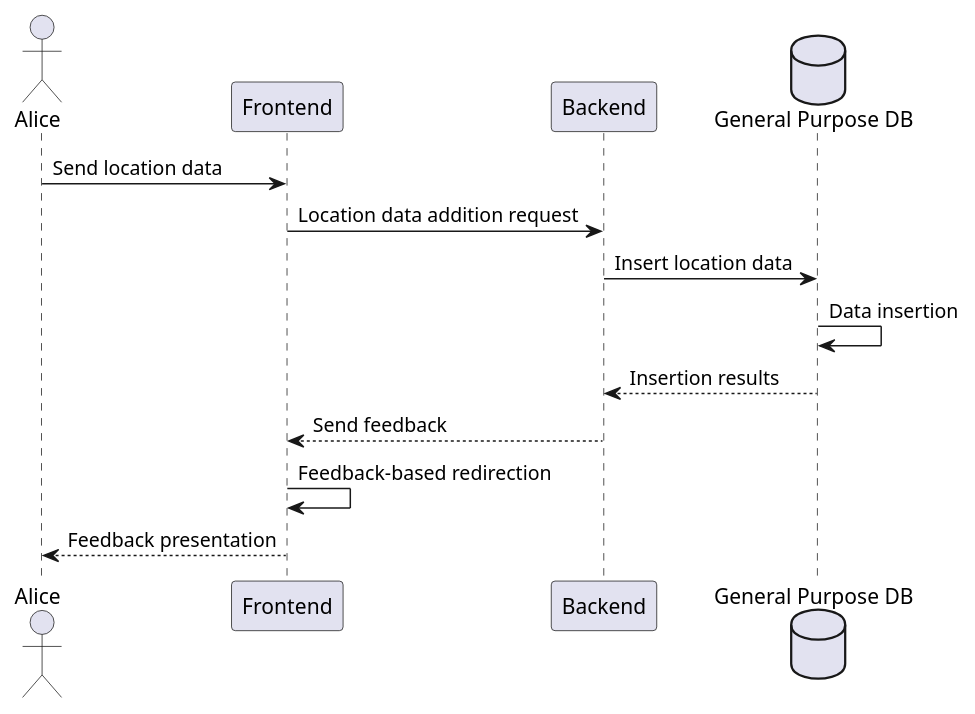
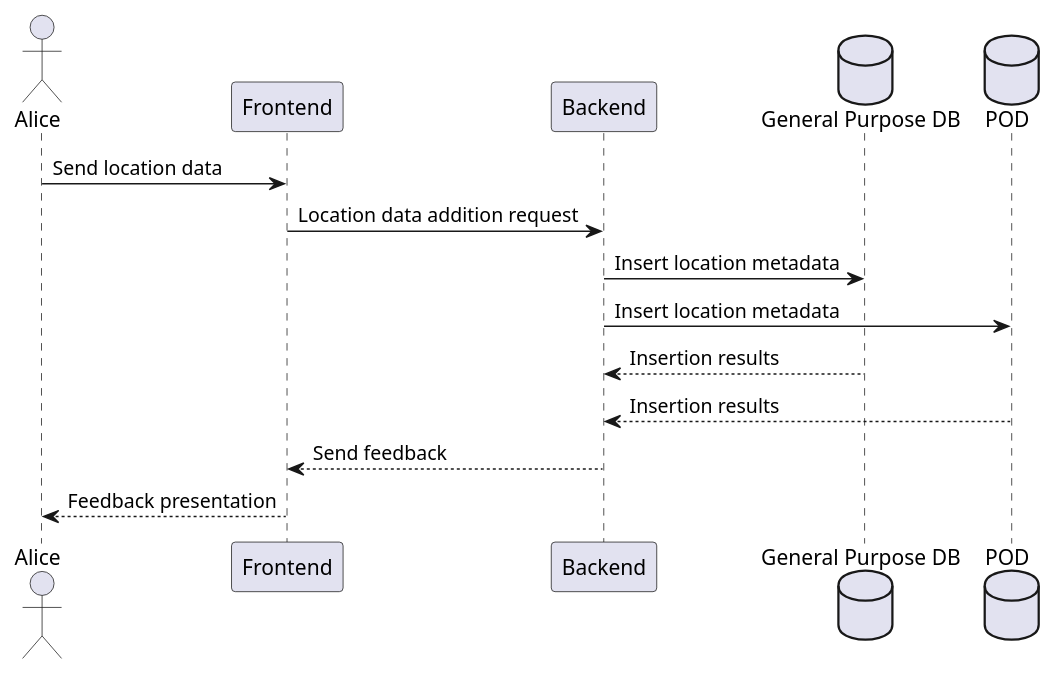
One commit to Arquisoft/lomap_en1a changed the second of 4 diagrams in docs/06_runtime_view.adoc. Above: the diagram before and after it, drawn with PlantUML. The commit also changed other lines of this file and 2 other files, not shown here.

```diff
--- a/docs/06_runtime_view.adoc
+++ b/docs/06_runtime_view.adoc
@@ -54,17 +32,20 @@
-[plantuml,"Add location scenario",png]
+[plantuml,"Add location scenario",svg]
 ----
 @startuml
 actor User as "Alice"
 participant Frontend
 participant Backend
 database DB as "General Purpose DB"
+database POD
+
 User-> Frontend: Send location data
 Frontend-> Backend: Location data addition request
-Backend-> DB: Insert location data
-DB-> DB: Data insertion
-DB--> Backend: Insertion results
+Backend-> DB: Insert location metadata
+Backend-> POD: Insert location metadata
+
+DB --> Backend: Insertion results
+POD --> Backend: Insertion results
 Backend--> Frontend: Send feedback
-Frontend-> Frontend: Feedback-based redirection
 Frontend--> User: Feedback presentation
 @enduml
 ----
```
